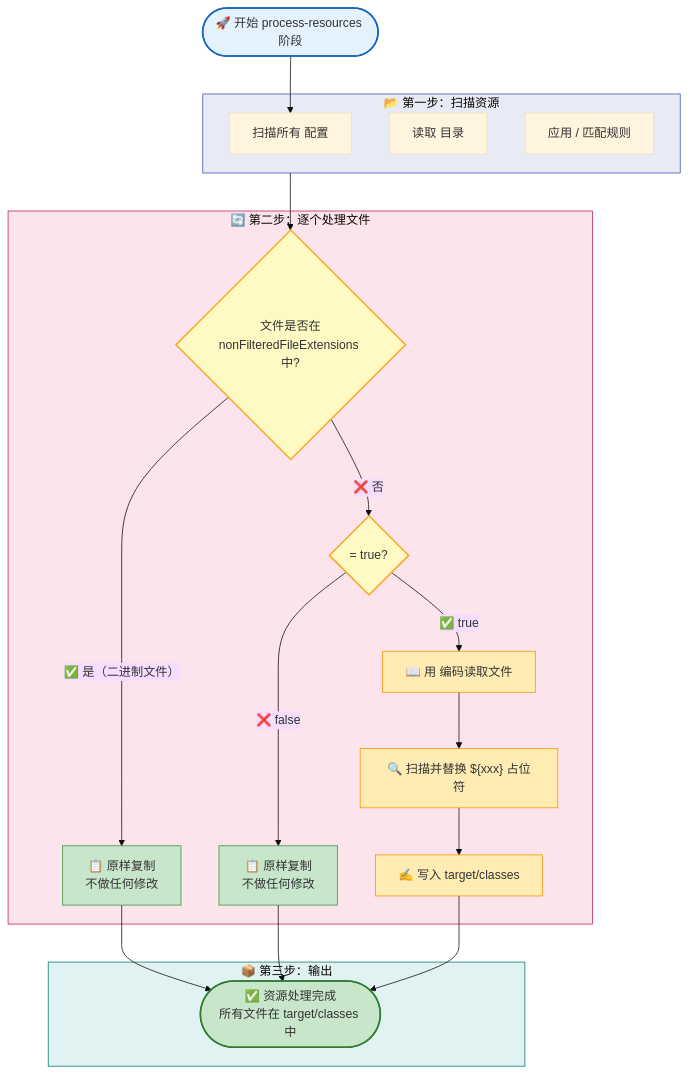
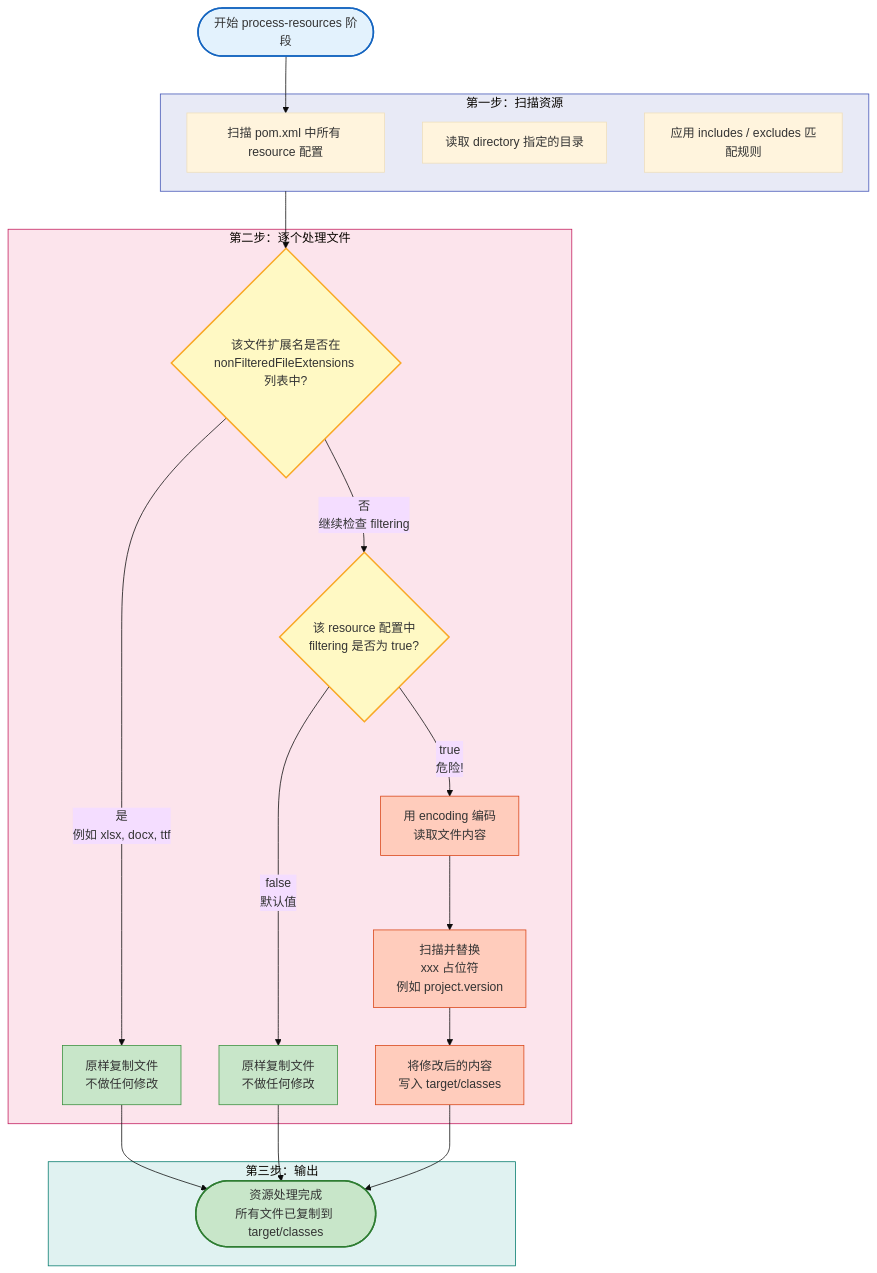
One commit to kunge2013/kunge2013.github.io changed the second of 3 diagrams in docs/posts/maven/maven-resource-filtering-binary-corruption.md. Above: the diagram before and after it, drawn with Mermaid (base theme). The commit also changed other lines of this file, not shown here.

First line of the commit message:
docs: 优化 Maven 资源过滤文章的两个流程图

````diff
--- a/docs/posts/maven/maven-resource-filtering-binary-corruption.md
+++ b/docs/posts/maven/maven-resource-filtering-binary-corruption.md
@@ -95,43 +95,43 @@
 ```mermaid
 flowchart TB
-    START(["🚀 开始 process-resources 阶段"]) --> SCAN
+    START([" 开始 process-resources 阶段"]) --> SCAN
 
-    subgraph SCAN_PHASE["📂 第一步：扫描资源"]
-        SCAN["扫描所有 <resource> 配置"]
-        DIR["读取 <directory> 目录"]
-        MATCH["应用 <includes> / <excludes> 匹配规则"]
+    subgraph SCAN_PHASE[" 第一步：扫描资源"]
+        SCAN["扫描 pom.xml 中所有 resource 配置"]
+        DIR["读取 directory 指定的目录"]
+        MATCH["应用 includes / excludes 匹配规则"]
     end
 
     SCAN_PHASE --> CHECK
 
-    subgraph FILTER["🔄 第二步：逐个处理文件"]
-        CHECK{"文件是否在<br/>nonFilteredFileExtensions 中?"}
-        CHECK -->|"✅ 是（二进制文件）"| COPY["📋 原样复制<br/>不做任何修改"]
-        CHECK -->|"❌ 否"| F2{"<filtering> = true?"}
-        F2 -->|"❌ false"| COPY2["📋 原样复制<br/>不做任何修改"]
-        F2 -->|"✅ true"| READ["📖 用 <encoding> 编码读取文件"]
-        READ --> REPLACE["🔍 扫描并替换 ${xxx} 占位符"]
-        REPLACE --> WRITE["✍️ 写入 target/classes"]
+    subgraph FILTER[" 第二步：逐个处理文件"]
+        CHECK{"该文件扩展名是否在<br/>nonFilteredFileExtensions 列表中?"}
+        CHECK -->|" 是<br/>例如 xlsx, docx, ttf"| COPY[" 原样复制文件<br/>不做任何修改"]
+        CHECK -->|" 否<br/>继续检查 filtering"| F2{"该 resource 配置中<br/>filtering 是否为 true?"}
+        F2 -->|" false<br/>默认值"| COPY2[" 原样复制文件<br/>不做任何修改"]
+        F2 -->|" true<br/>危险!"| READ[" 用 encoding 编码<br/>读取文件内容"]
+        READ --> REPLACE[" 扫描并替换<br/>xxx 占位符<br/>例如 project.version"]
+        REPLACE --> WRITE[" 将修改后的内容<br/>写入 target/classes"]
     end
 
-    subgraph OUTPUT["📦 第三步：输出"]
-        DONE(["✅ 资源处理完成<br/>所有文件在 target/classes 中"])
+    subgraph OUTPUT[" 第三步：输出"]
+        DONE([" 资源处理完成<br/>所有文件已复制到 target/classes"])
     end
 
     COPY --> DONE
     COPY2 --> DONE
     WRITE --> DONE
 
     style START fill:#e3f2fd,stroke:#1565c0,stroke-width:2px
     style DONE fill:#c8e6c9,stroke:#2e7d32,stroke-width:2px
     style CHECK fill:#fff9c4,stroke:#f9a825,stroke-width:2px
     style F2 fill:#fff9c4,stroke:#f9a825,stroke-width:2px
     style COPY fill:#c8e6c9,stroke:#388e3c
     style COPY2 fill:#c8e6c9,stroke:#388e3c
-    style READ fill:#ffecb3,stroke:#ff8f00
-    style REPLACE fill:#ffecb3,stroke:#ff8f00
-    style WRITE fill:#ffecb3,stroke:#ff8f00
+    style READ fill:#ffccbc,stroke:#d84315
+    style REPLACE fill:#ffccbc,stroke:#d84315
+    style WRITE fill:#ffccbc,stroke:#d84315
     style SCAN_PHASE fill:#e8eaf6,stroke:#3f51b5,stroke-width:1px
     style FILTER fill:#fce4ec,stroke:#c2185b,stroke-width:1px
     style OUTPUT fill:#e0f2f1,stroke:#00796b,stroke-width:1px
 ```
````
